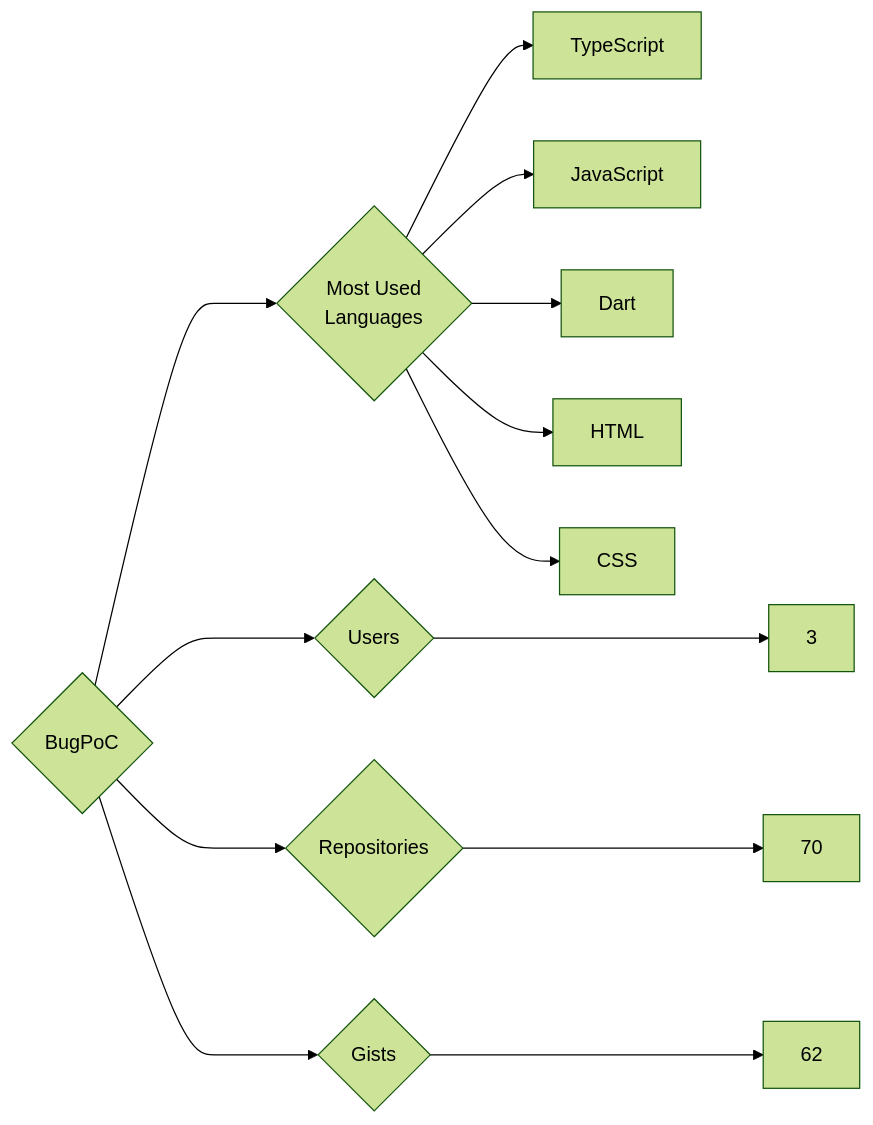
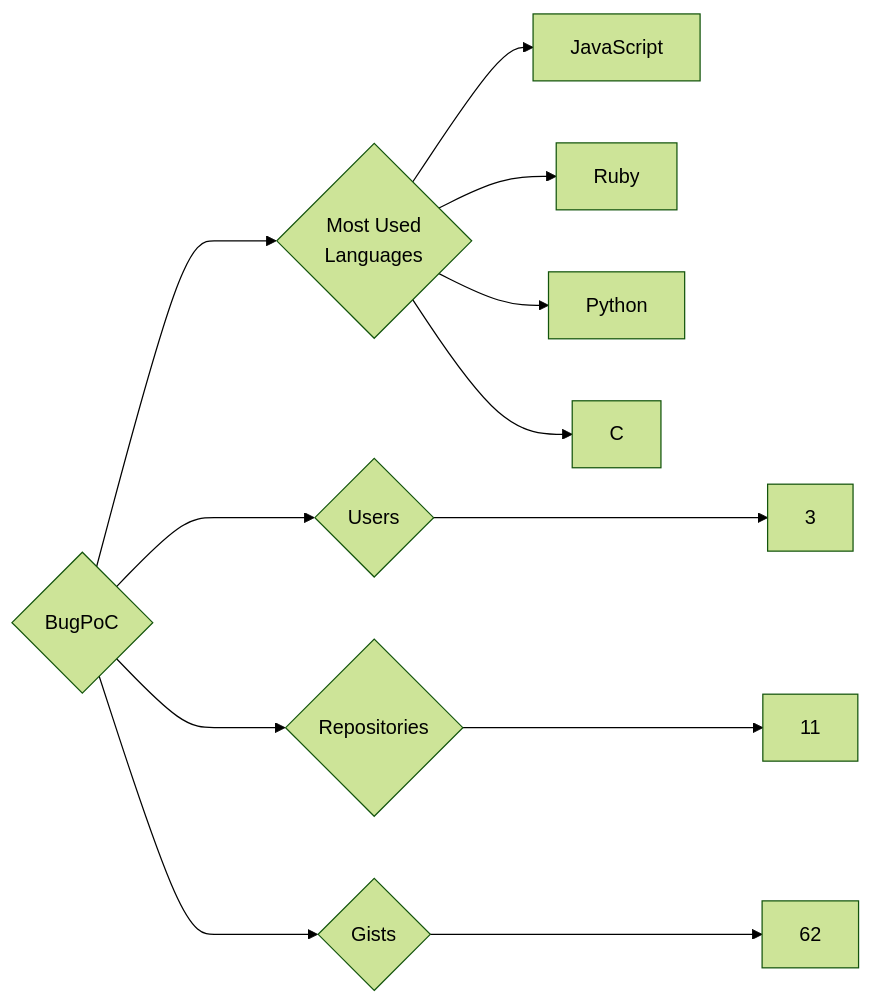
The diagram in targets/BugPoC/README.md (trickest/insiders), drawn with Mermaid (forest theme) before and after one commit. The commit also changed 933 other files, not shown here.

````diff
--- a/targets/BugPoC/README.md
+++ b/targets/BugPoC/README.md
@@ -3,13 +3,12 @@
 ```mermaid
 graph LR
 COMPANY_NAME{BugPoC}
 COMPANY_NAME ---> U{Users} ---> UN[3]
-COMPANY_NAME ---> R{Repositories} ---> RN[70]
+COMPANY_NAME ---> R{Repositories} ---> RN[11]
 COMPANY_NAME ---> G{Gists} ---> GN[62]
 COMPANY_NAME ---> ML{Most Used<br>Languages}
-ML --> TypeScript[TypeScript]
 ML --> JavaScript[JavaScript]
-ML --> Dart[Dart]
-ML --> HTML[HTML]
-ML --> CSS[CSS]
+ML --> Ruby[Ruby]
+ML --> Python[Python]
+ML --> C[C]
 ```
````
